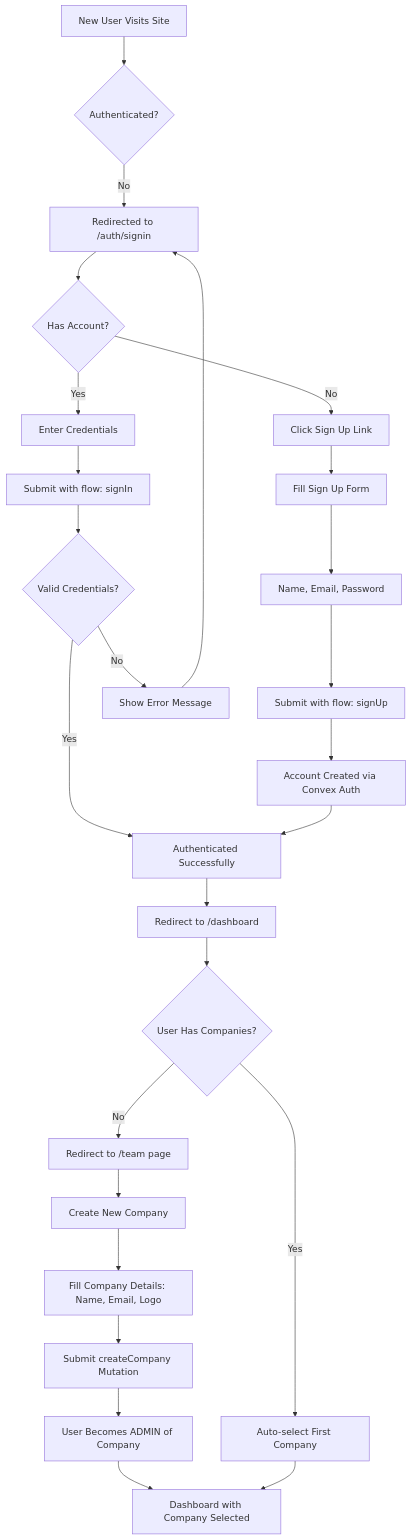
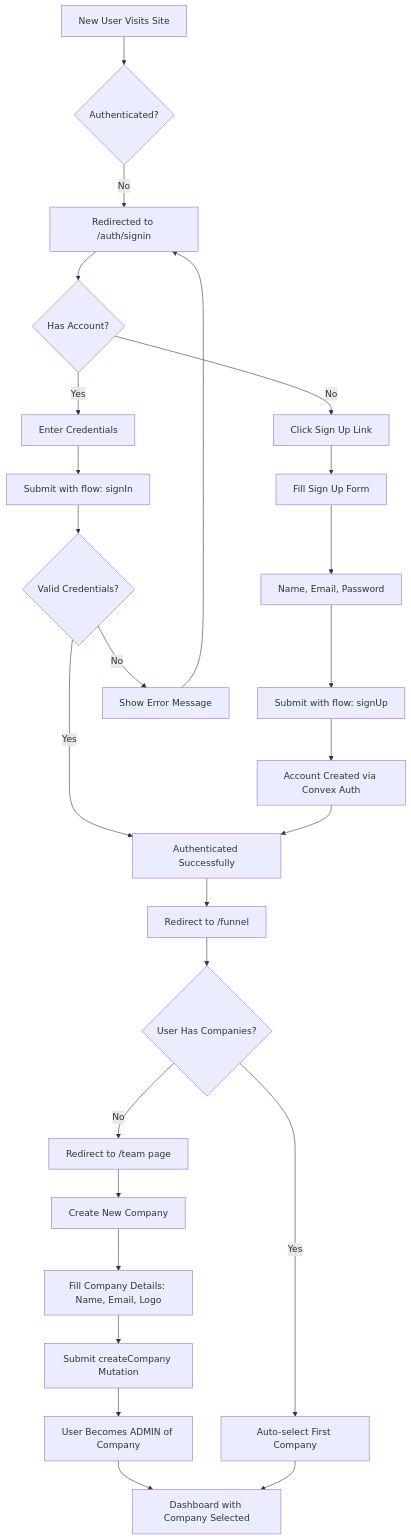
Before and after one commit to johnswaroop/xylor-estimator-convex: the first of 10 diagrams in docs/flow.md, drawn with Mermaid. The commit also changed 16 other files, not shown here.

Commit message:
Refactor navigation from Dashboard to Funnel across multiple components, updating routing logic and breadcrumb navigation. Remove Dashboard-related files and adjust UI elements to reflect the new Funnel structure, enhancing user experience and consistency in lead management.

````diff
--- a/docs/flow.md
+++ b/docs/flow.md
@@ -22,34 +22,34 @@
 ```mermaid
 flowchart TD
     A["New User Visits Site"] --> B{"Authenticated?"}
     B -->|No| C["Redirected to /auth/signin"]
     C --> D{"Has Account?"}
     D -->|No| E["Click Sign Up Link"]
     D -->|Yes| F["Enter Credentials"]
 
     E --> G["Fill Sign Up Form"]
     G --> H["Name, Email, Password"]
     H --> I["Submit with flow: signUp"]
     I --> J["Account Created via Convex Auth"]
 
     F --> K["Submit with flow: signIn"]
     K --> L{"Valid Credentials?"}
     L -->|No| M["Show Error Message"]
     L -->|Yes| N["Authenticated Successfully"]
 
     J --> N
     M --> C
-    N --> O["Redirect to /dashboard"]
+    N --> O["Redirect to /funnel"]
 
     O --> P{"User Has Companies?"}
     P -->|No| Q["Redirect to /team page"]
     P -->|Yes| R["Auto-select First Company"]
 
     Q --> S["Create New Company"]
     S --> T["Fill Company Details: Name, Email, Logo"]
     T --> U["Submit createCompany Mutation"]
     U --> V["User Becomes ADMIN of Company"]
     V --> W["Redirect to Dashboard"]
 
     R --> W["Dashboard with Company Selected"]
 ```
````
